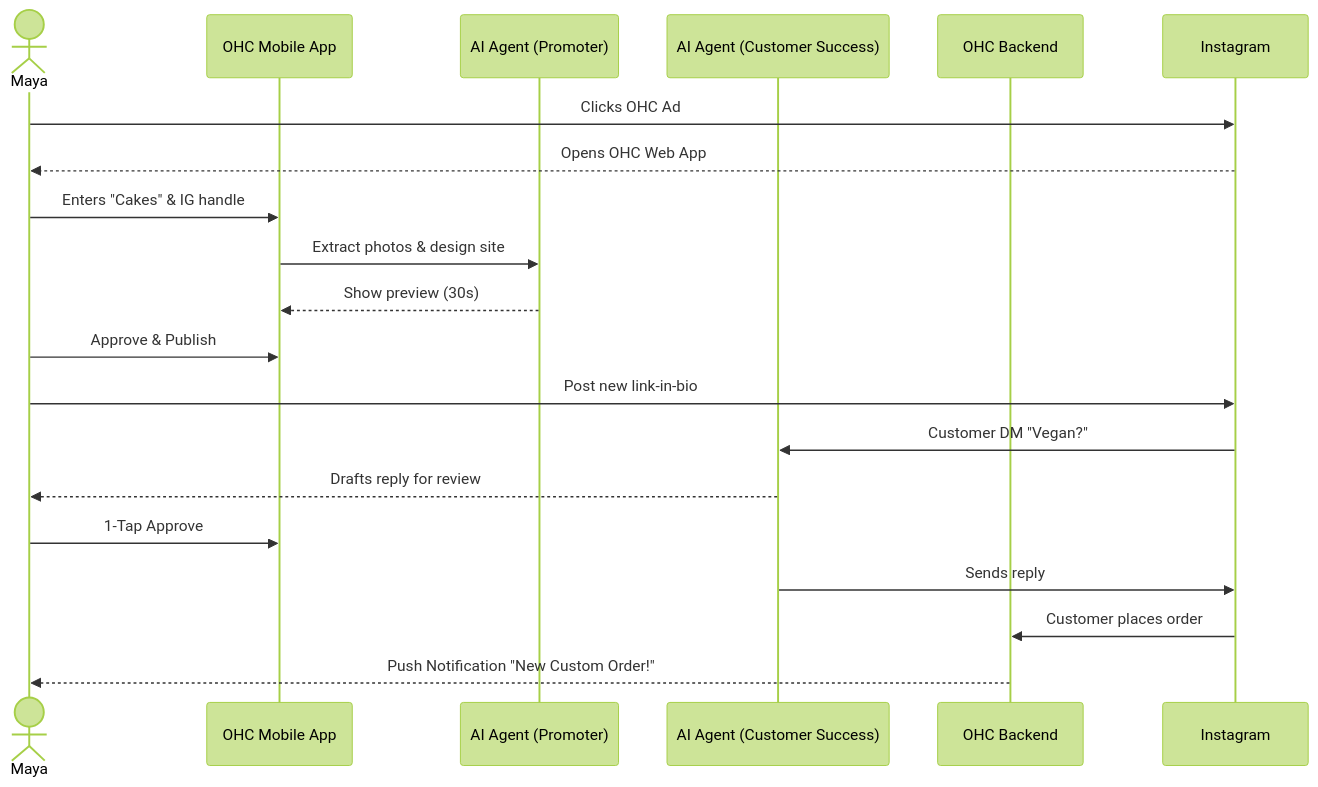
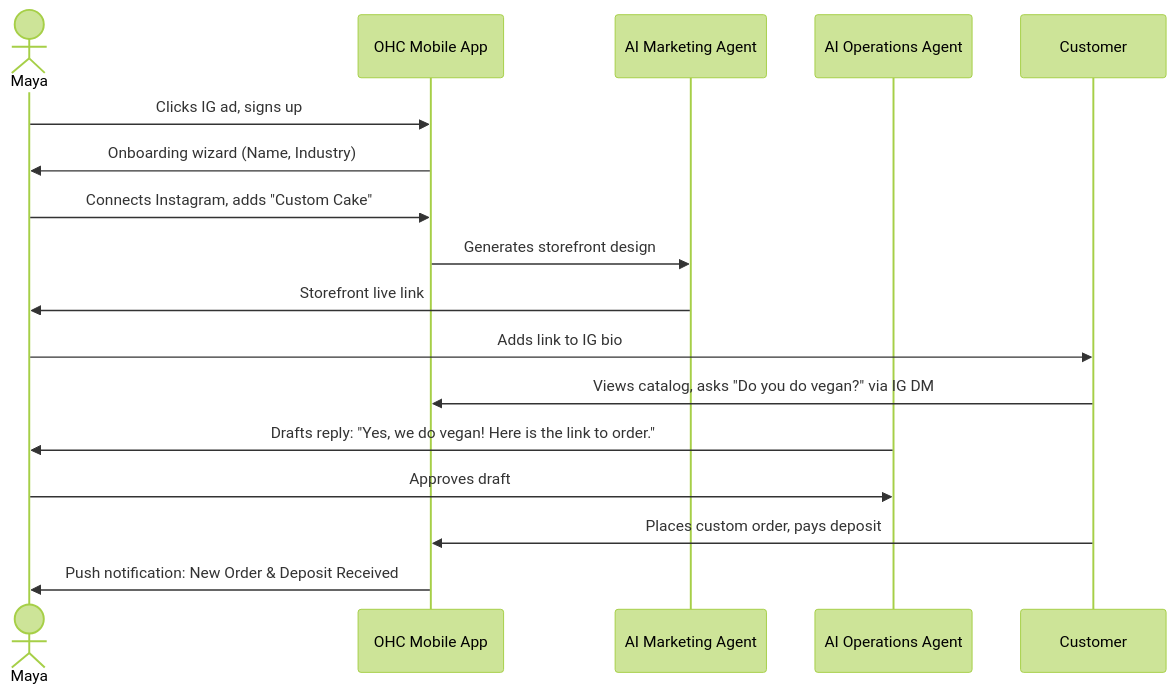
Before and after one commit to omnisolo-llc/onehumancorp: the first of 5 diagrams in docs/architecture/ohc_business_journey_architecture.md, drawn with Mermaid (forest theme). The commit also changed other lines of this file, not shown here.

First line of the commit message:
docs: Update Business Journey Architecture document

````diff
--- a/docs/architecture/ohc_business_journey_architecture.md
+++ b/docs/architecture/ohc_business_journey_architecture.md
@@ -18,23 +18,20 @@
 ```mermaid
 sequenceDiagram
     actor Maya
     participant OHC Mobile App
-    participant AI Agent (Promoter)
-    participant AI Agent (Customer Success)
-    participant OHC Backend
-    participant Instagram
+    participant AI Marketing Agent
+    participant AI Operations Agent
+    participant Customer
 
-    Maya->>Instagram: Clicks OHC Ad
-    Instagram-->>Maya: Opens OHC Web App
-    Maya->>OHC Mobile App: Enters "Cakes" & IG handle
-    OHC Mobile App->>AI Agent (Promoter): Extract photos & design site
-    AI Agent (Promoter)-->>OHC Mobile App: Show preview (30s)
-    Maya->>OHC Mobile App: Approve & Publish
-    Maya->>Instagram: Post new link-in-bio
-    Instagram->>AI Agent (Customer Success): Customer DM "Vegan?"
-    AI Agent (Customer Success)-->>Maya: Drafts reply for review
-    Maya->>OHC Mobile App: 1-Tap Approve
-    AI Agent (Customer Success)->>Instagram: Sends reply
-    Instagram->>OHC Backend: Customer places order
-    OHC Backend-->>Maya: Push Notification "New Custom Order!"
+    Maya->>OHC Mobile App: Clicks IG ad, signs up
+    OHC Mobile App->>Maya: Onboarding wizard (Name, Industry)
+    Maya->>OHC Mobile App: Connects Instagram, adds "Custom Cake"
+    OHC Mobile App->>AI Marketing Agent: Generates storefront design
+    AI Marketing Agent->>Maya: Storefront live link
+    Maya->>Customer: Adds link to IG bio
+    Customer->>OHC Mobile App: Views catalog, asks "Do you do vegan?" via IG DM
+    AI Operations Agent->>Maya: Drafts reply: "Yes, we do vegan! Here is the link to order."
+    Maya->>AI Operations Agent: Approves draft
+    Customer->>OHC Mobile App: Places custom order, pays deposit
+    OHC Mobile App->>Maya: Push notification: New Order & Deposit Received
 ```
````
